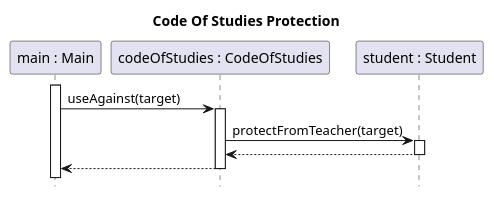
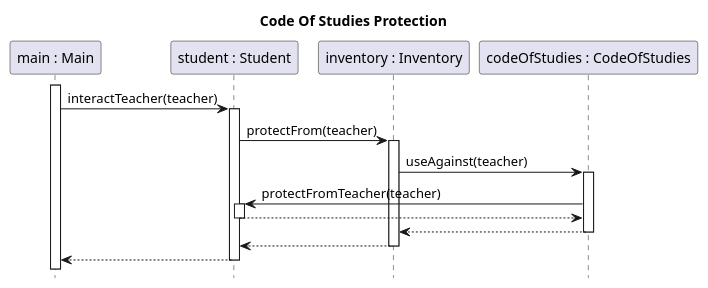
One commit to sn4k3ch4rm3r/logarlec changed the diagram in docs/diagrams/test-sequence/student-use-code-of-studies.puml. Above: the diagram before and after it, drawn with PlantUML. The commit also changed 11 other files, not shown here.

Commit message:
Fixed mistakes in test sequences

```diff
--- a/docs/diagrams/test-sequence/student-use-code-of-studies.puml
+++ b/docs/diagrams/test-sequence/student-use-code-of-studies.puml
@@ -1,16 +1,21 @@
 @startuml student-use-code-of-studies
 
 title Code Of Studies Protection
 hide footbox
 
 participant "main : Main" as main
+participant "student : Student" as student
+participant "inventory : Inventory" as inventory
 participant "codeOfStudies : CodeOfStudies" as codeOfStudies
-participant "student : Student" as student
 
 main++
-main-> codeOfStudies ++: useAgainst(target)
-	codeOfStudies -> student ++: protectFromTeacher(target)
+main -> student ++: interactTeacher(teacher)
+	student -> inventory ++: protectFrom(teacher)
+		inventory -> codeOfStudies ++: useAgainst(teacher)
+			codeOfStudies -> student ++: protectFromTeacher(teacher)
+			return
+		return
 	return
 return
 
 @enduml
```
